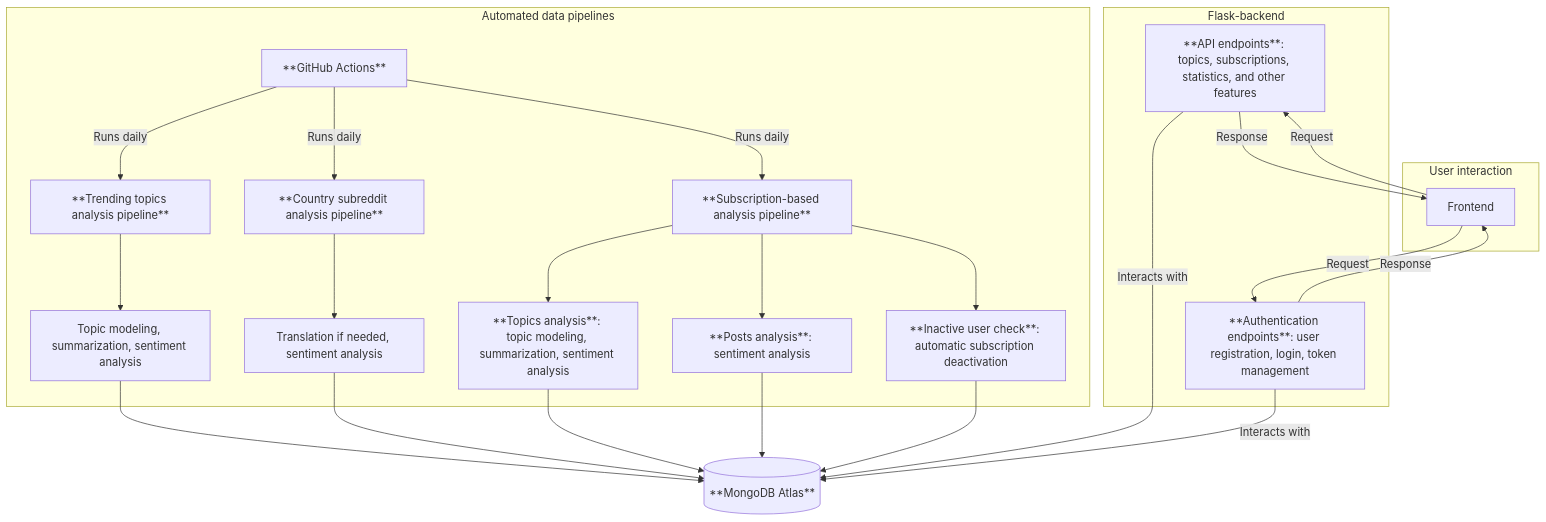
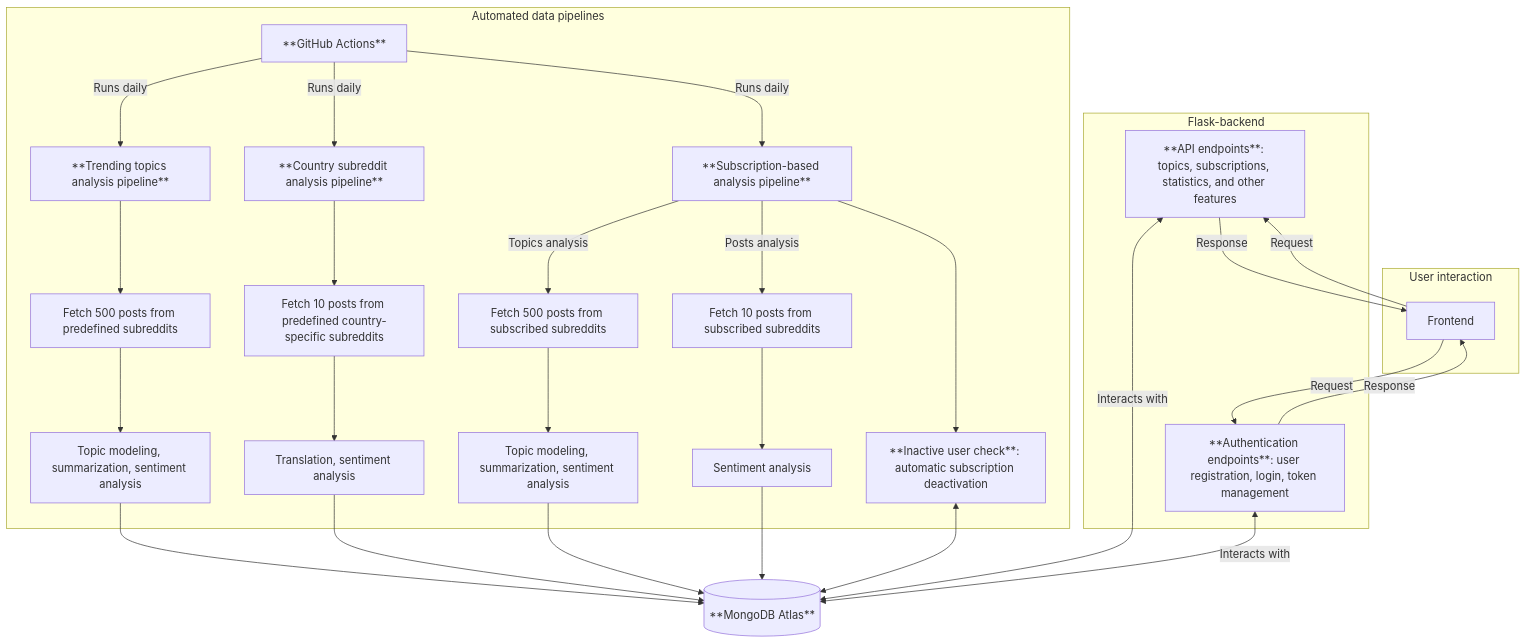
One commit to ohjelmistoprojekti-ii-reddit-app/reddit-app-backend changed the diagram in README.md. Above: the diagram before and after it, drawn with Mermaid.

Commit message:
Update README architecture chart

````diff
--- a/README.md
+++ b/README.md
@@ -46,38 +46,38 @@
 ```mermaid
 graph TD
   subgraph Flask-backend
       A[**API endpoints**: topics, subscriptions, statistics, and other features]
       N[**Authentication endpoints**: user registration, login, token management]
   end
 
   subgraph Automated data pipelines
       I[**GitHub Actions**]
       I -->|Runs daily| J[**Trending topics analysis pipeline**]
       I -->|Runs daily| K[**Country subreddit analysis pipeline**]
       I -->|Runs daily| L[**Subscription-based analysis pipeline**]
 
-      J --> J1[Topic modeling, summarization, sentiment analysis]
-      K --> K1[Translation if needed, sentiment analysis]
-      L --> L1[**Topics analysis**: topic modeling, summarization, sentiment analysis]
-      L --> L2[**Posts analysis**: sentiment analysis]
+      J --> J1[Fetch 500 posts from predefined subreddits] --> J2[Topic modeling, summarization, sentiment analysis]
+      K --> K1[Fetch 10 posts from predefined country-specific subreddits] --> K2[Translation, sentiment analysis]
+      L --> |Topics analysis| L1[Fetch 500 posts from subscribed subreddits] --> L2[Topic modeling, summarization, sentiment analysis]
+      L --> |Posts analysis| L3[Fetch 10 posts from subscribed subreddits] --> L4[Sentiment analysis]
       L --> X[**Inactive user check**: automatic subscription deactivation]
   end
 
-  J1 --> D
-  K1 --> D
-  L1 --> D
+  J2 --> D
+  K2 --> D
   L2 --> D
-  X --> D
+  L4 --> D
+  X <--> D
 
   subgraph User interaction
       M[Frontend]
       M -->|Request| A
       A -->|Response| M
       M -->|Request| N
       N -->|Response| M
   end
 
   D[(**MongoDB Atlas**)]
-  A -->|Interacts with| D
-  N -->|Interacts with| D
+  A <-->|Interacts with| D
+  N <-->|Interacts with| D
 ```
````
